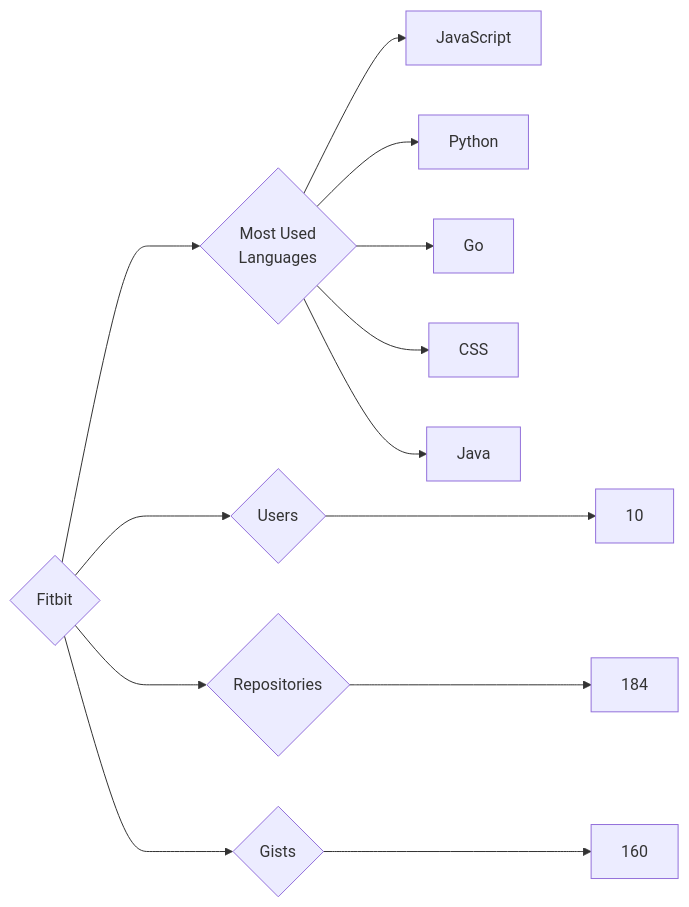
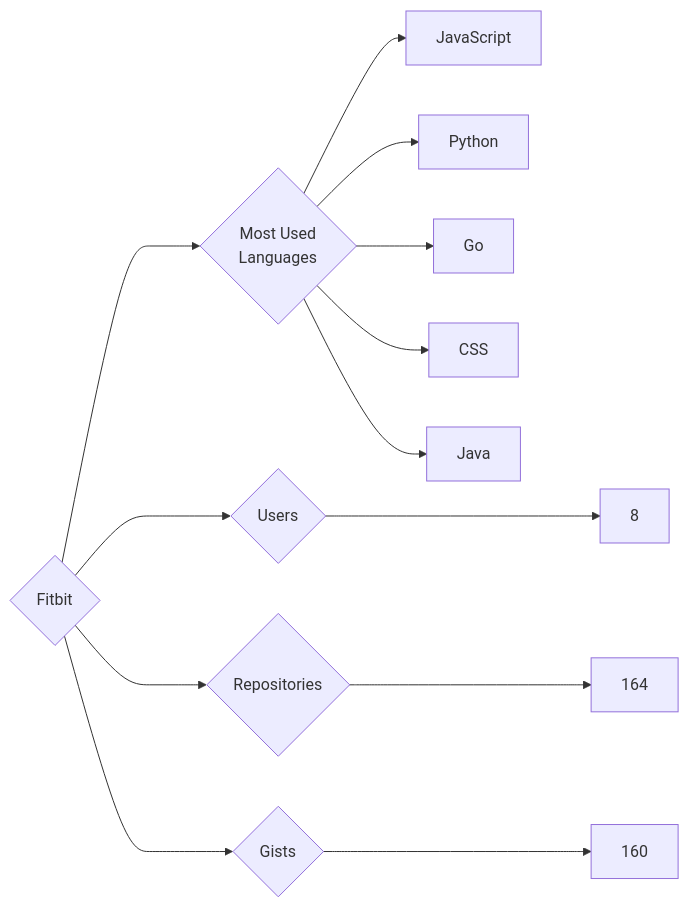
Before and after one commit to trickest/insiders: the diagram in targets/Fitbit/README.md, drawn with Mermaid. The commit also changed 718 other files, not shown here.

````diff
--- a/targets/Fitbit/README.md
+++ b/targets/Fitbit/README.md
@@ -3,13 +3,13 @@
 ```mermaid
 graph LR
 COMPANY_NAME{Fitbit}
-COMPANY_NAME ---> U{Users} ---> UN[10]
-COMPANY_NAME ---> R{Repositories} ---> RN[184]
+COMPANY_NAME ---> U{Users} ---> UN[8]
+COMPANY_NAME ---> R{Repositories} ---> RN[164]
 COMPANY_NAME ---> G{Gists} ---> GN[160]
 COMPANY_NAME ---> ML{Most Used<br>Languages}
 ML --> JavaScript[JavaScript]
 ML --> Python[Python]
 ML --> Go[Go]
 ML --> CSS[CSS]
 ML --> Java[Java]
 ```
````
